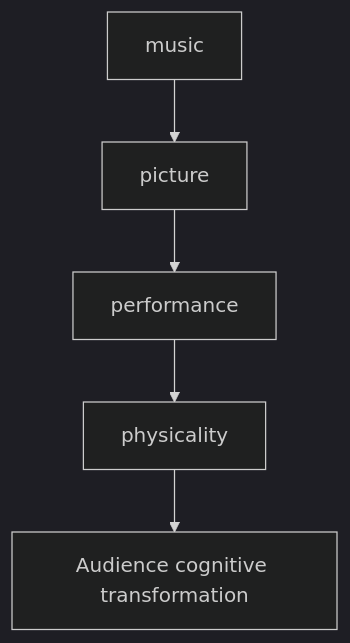
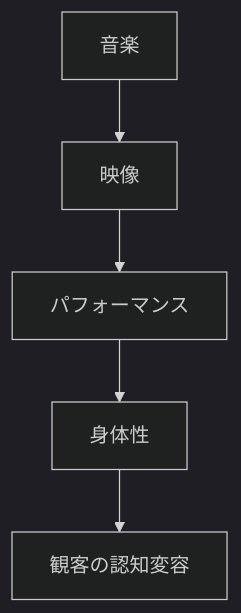
The first of 2 diagrams in en/_posts/2026-04-18-column-the-residents.md (monumental-movement/monumental-movement.github.io), drawn with Mermaid (dark theme) before and after one commit. The commit also changed other lines of this file and 2196 other files, not shown here.

```diff
--- a/en/_posts/2026-04-18-column-the-residents.md
+++ b/en/_posts/2026-04-18-column-the-residents.md
@@ -83,7 +82,7 @@
 <div class="mermaid">
 flowchart TD
-A[music] --> B[picture]
-B --> C[performance]
-C --> D[physicality]
-D --> E[Audience cognitive transformation]
+A[音楽] --> B[映像]
+B --> C[パフォーマンス]
+C --> D[身体性]
+D --> E[観客の認知変容]
 </div>
```
